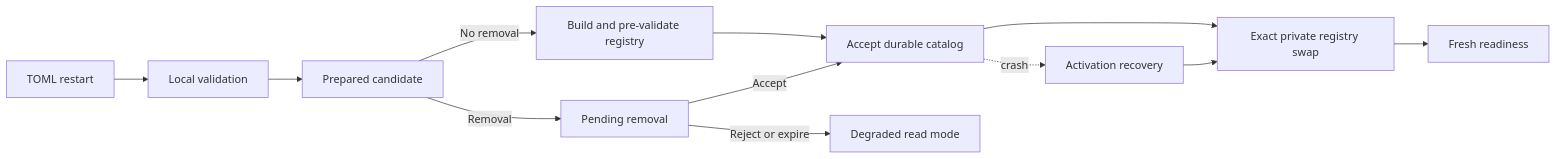
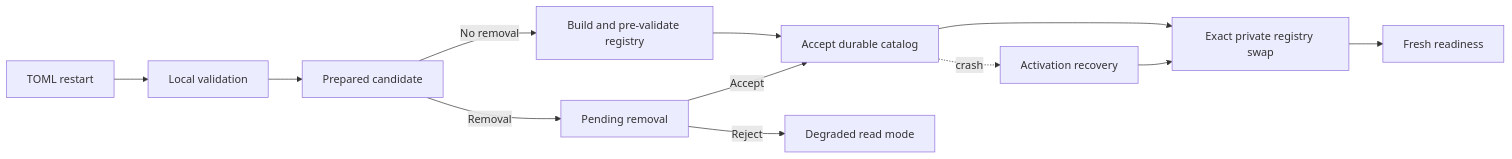
The diagram in docs/intention-relay/architecture/22-provider-evolution-profiles-and-reasoning.md (y0tsy/intention-relay), drawn with Mermaid before and after one commit. The commit also changed other lines of this file and 9 other files, not shown here.

````diff
--- a/docs/intention-relay/architecture/22-provider-evolution-profiles-and-reasoning.md
+++ b/docs/intention-relay/architecture/22-provider-evolution-profiles-and-reasoning.md
@@ -175,14 +176,14 @@
 ```mermaid
 flowchart LR
   T[TOML restart] --> V[Local validation]
   V --> P[Prepared candidate]
   P -->|No removal| B[Build and pre-validate registry]
   P -->|Removal| W[Pending removal]
   W -->|Accept| A[Accept durable catalog]
-  W -->|Reject or expire| D[Degraded read mode]
+  W -->|Reject| D[Degraded read mode]
   B --> A
   A --> S[Exact private registry swap]
   S --> R[Fresh readiness]
   A -. crash .-> C[Activation recovery]
   C --> S
 ```
````
